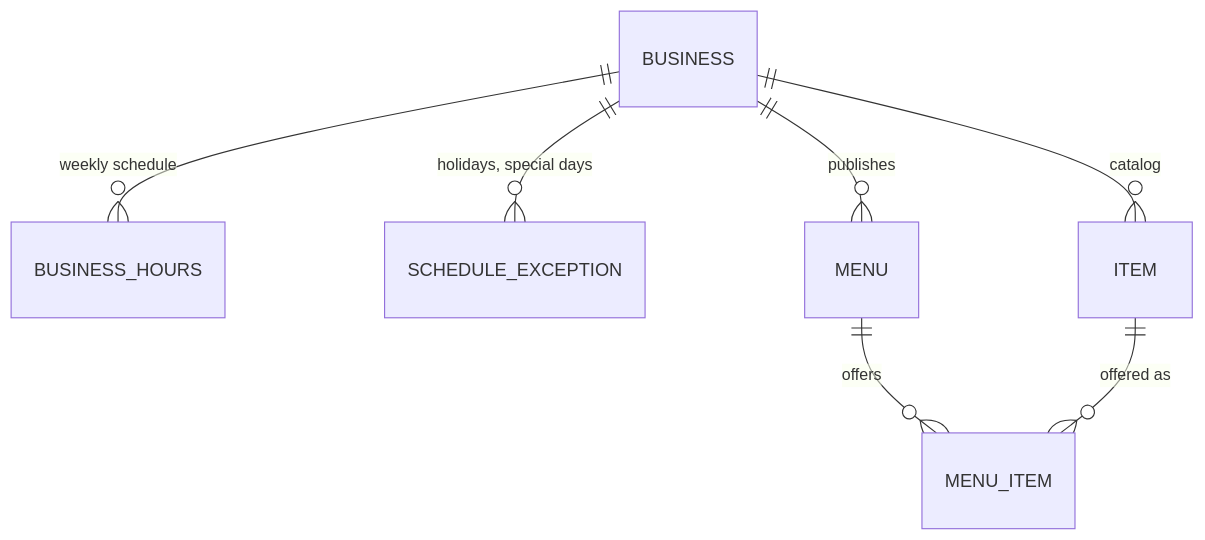
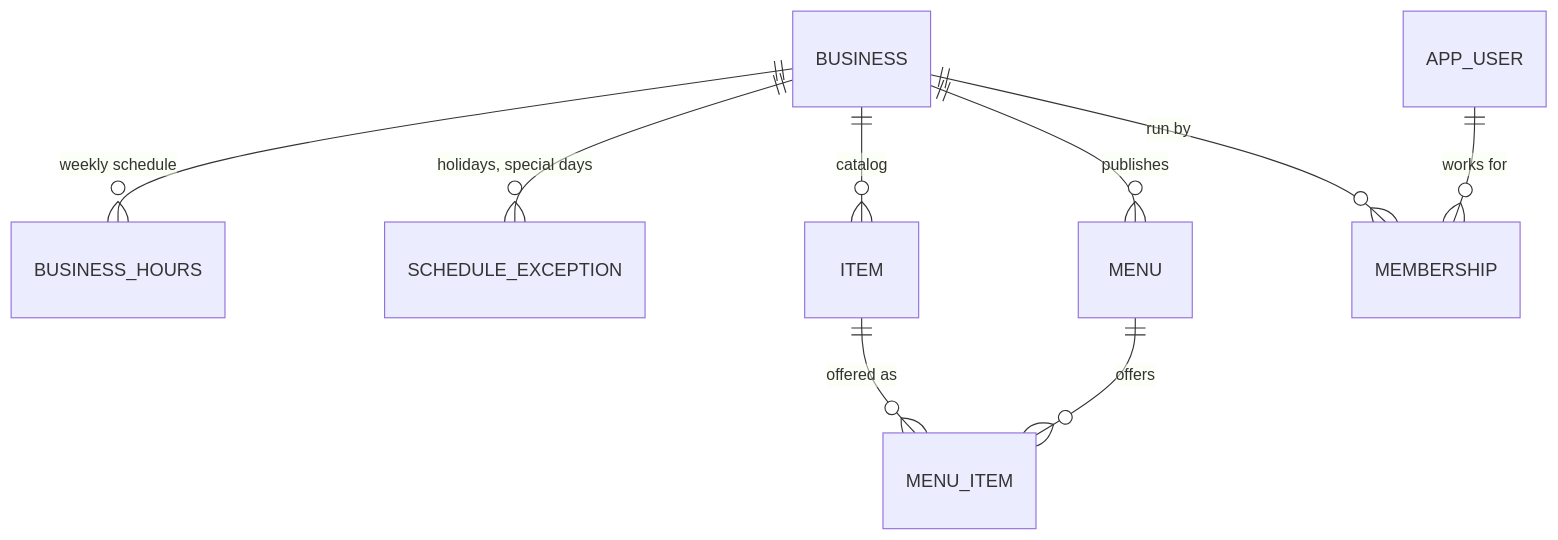
One commit to landoicco/itacatl changed the diagram in docs/domain-model.md. Above: the diagram before and after it, drawn with Mermaid. The commit also changed other lines of this file and 7 other files, not shown here.

First line of the commit message:
Add user accounts and business memberships

````diff
--- a/docs/domain-model.md
+++ b/docs/domain-model.md
@@ -7,9 +7,11 @@
 ```mermaid
 erDiagram
     BUSINESS ||--o{ BUSINESS_HOURS : "weekly schedule"
     BUSINESS ||--o{ SCHEDULE_EXCEPTION : "holidays, special days"
     BUSINESS ||--o{ ITEM : "catalog"
     BUSINESS ||--o{ MENU : publishes
     MENU ||--o{ MENU_ITEM : offers
     ITEM ||--o{ MENU_ITEM : "offered as"
+    APP_USER ||--o{ MEMBERSHIP : "works for"
+    BUSINESS ||--o{ MEMBERSHIP : "run by"
 ```
````
